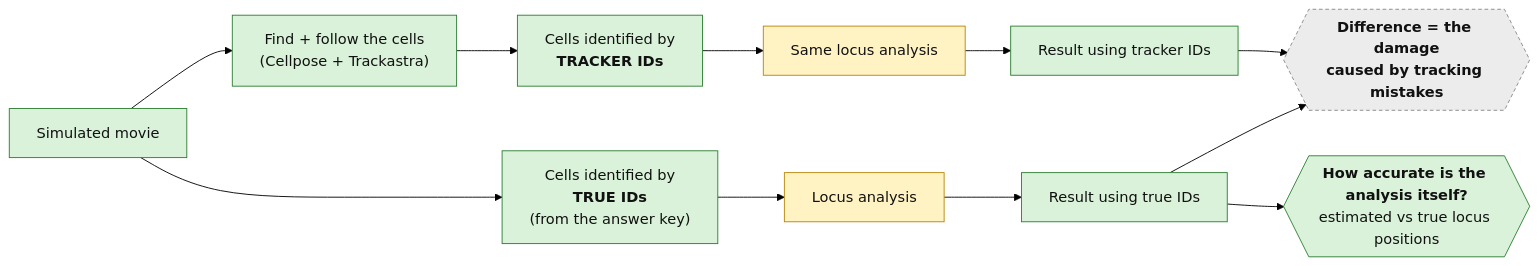
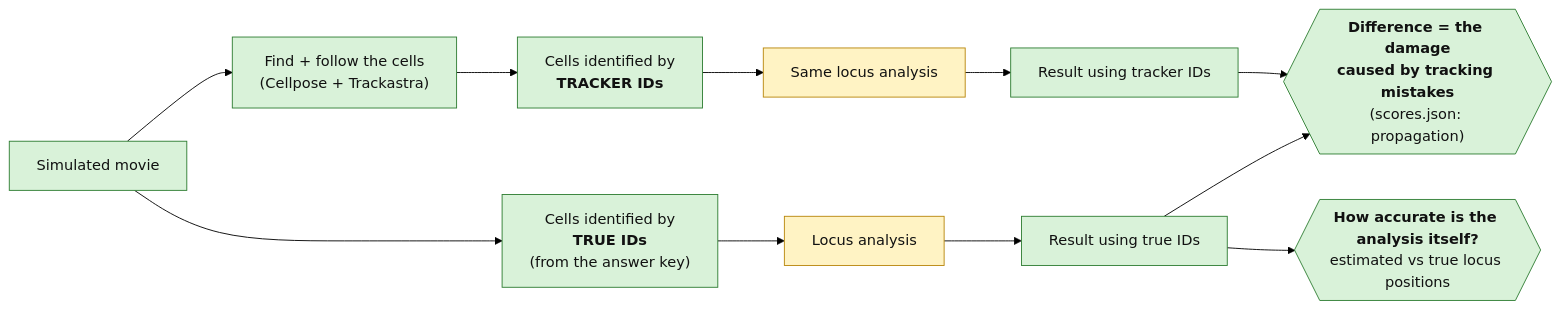
One commit to CHB-Bohrer/Sim_Live_Cell_Analysis changed the fourth of 7 diagrams in docs/ARCHITECTURE.md. Above: the diagram before and after it, drawn with Mermaid (forest theme). The commit also changed other lines of this file and 22 other files, not shown here.

````diff
--- a/docs/ARCHITECTURE.md
+++ b/docs/ARCHITECTURE.md
@@ -130,18 +130,18 @@
 ```mermaid
 flowchart LR
     MV["Simulated movie"]:::built
     MV --> T["Cells identified by<br/><b>TRUE IDs</b><br/>(from the answer key)"]:::built
     MV --> K["Find + follow the cells<br/>(Cellpose + Trackastra)"]:::built
     K --> TR["Cells identified by<br/><b>TRACKER IDs</b>"]:::built
     T --> A1["Locus analysis"]:::standin
     TR --> A2["Same locus analysis"]:::standin
     A1 --> R1["Result using true IDs"]:::built
     A2 --> R2["Result using tracker IDs"]:::built
-    R1 --> CMP{{"<b>Difference = the damage<br/>caused by tracking mistakes</b>"}}:::planned
+    R1 --> CMP{{"<b>Difference = the damage<br/>caused by tracking mistakes</b><br/>(scores.json: propagation)"}}:::built
     R2 --> CMP
     R1 --> ACC{{"<b>How accurate is the analysis itself?</b><br/>estimated vs true locus positions"}}:::built
 
     classDef built fill:#d9f2d9,stroke:#2e7d32,color:#111;
     classDef standin fill:#fff3c4,stroke:#b8860b,color:#111;
     classDef planned fill:#ececec,stroke:#888,stroke-dasharray: 4 3,color:#111;
 ```
````
